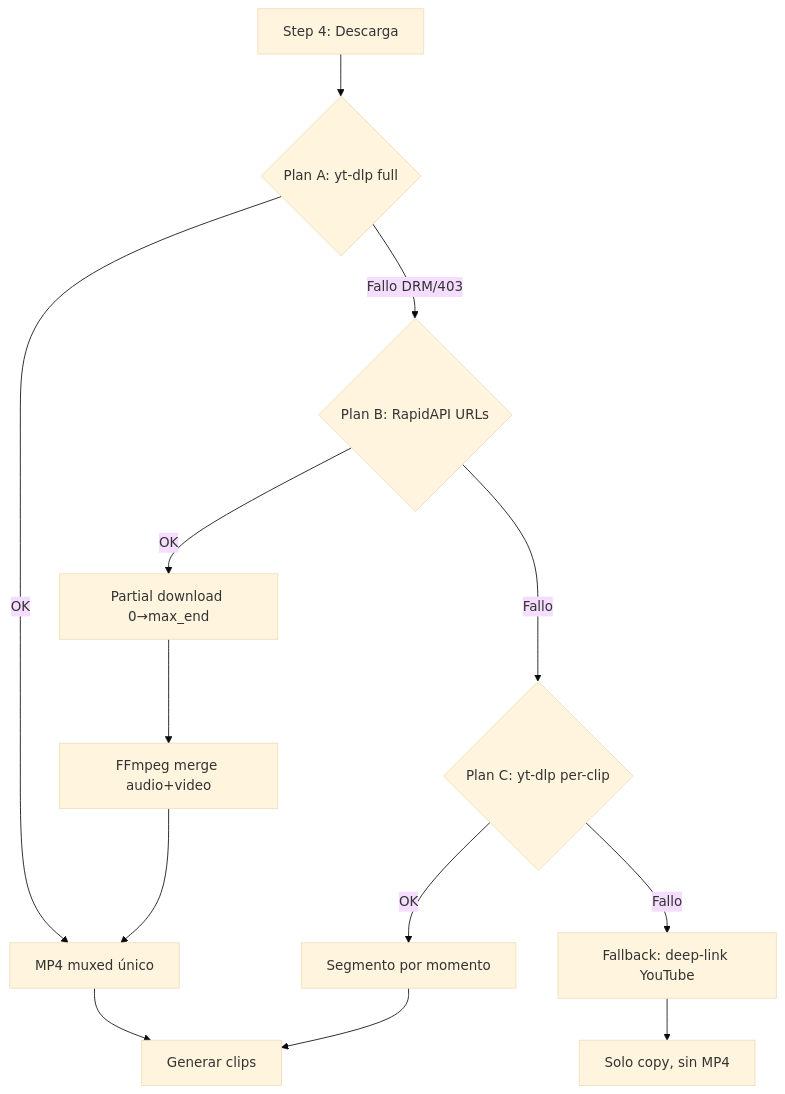
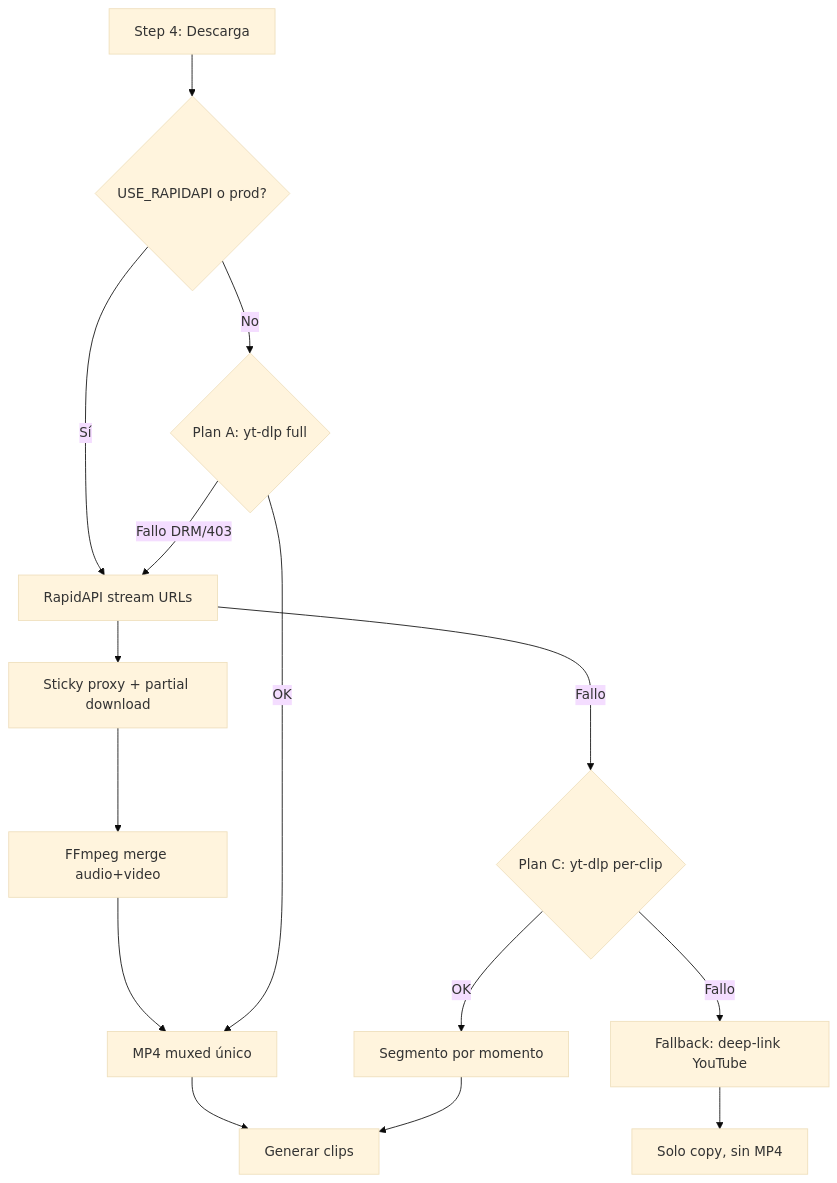
Before and after one commit to bolioliagustin/viral-engine-front: the second of 3 diagrams in worker/WORKER.md, drawn with Mermaid (base theme). The commit also changed other lines of this file and 10 other files, not shown here.

````diff
--- a/worker/WORKER.md
+++ b/worker/WORKER.md
@@ -201,15 +201,17 @@
 ```mermaid
 flowchart TD
-    A[Step 4: Descarga] --> B{Plan A: yt-dlp full}
-    B -->|OK| Z[MP4 muxed único]
-    B -->|Fallo DRM/403| C{Plan B: RapidAPI URLs}
-    C -->|OK| D[Partial download 0→max_end]
+    A[Step 4: Descarga] --> B{USE_RAPIDAPI o prod?}
+    B -->|Sí| C[RapidAPI stream URLs]
+    C --> D[Sticky proxy + partial download]
     D --> E[FFmpeg merge audio+video]
-    E --> Z
-    C -->|Fallo| F{Plan C: yt-dlp per-clip}
-    F -->|OK| G[Segmento por momento]
-    F -->|Fallo| H[Fallback: deep-link YouTube]
-    Z --> I[Generar clips]
-    G --> I
-    H --> J[Solo copy, sin MP4]
+    E --> Z[MP4 muxed único]
+    B -->|No| F{Plan A: yt-dlp full}
+    F -->|OK| Z
+    F -->|Fallo DRM/403| C
+    C -->|Fallo| G{Plan C: yt-dlp per-clip}
+    G -->|OK| H[Segmento por momento]
+    G -->|Fallo| I[Fallback: deep-link YouTube]
+    Z --> J[Generar clips]
+    H --> J
+    I --> K[Solo copy, sin MP4]
 ```
````
